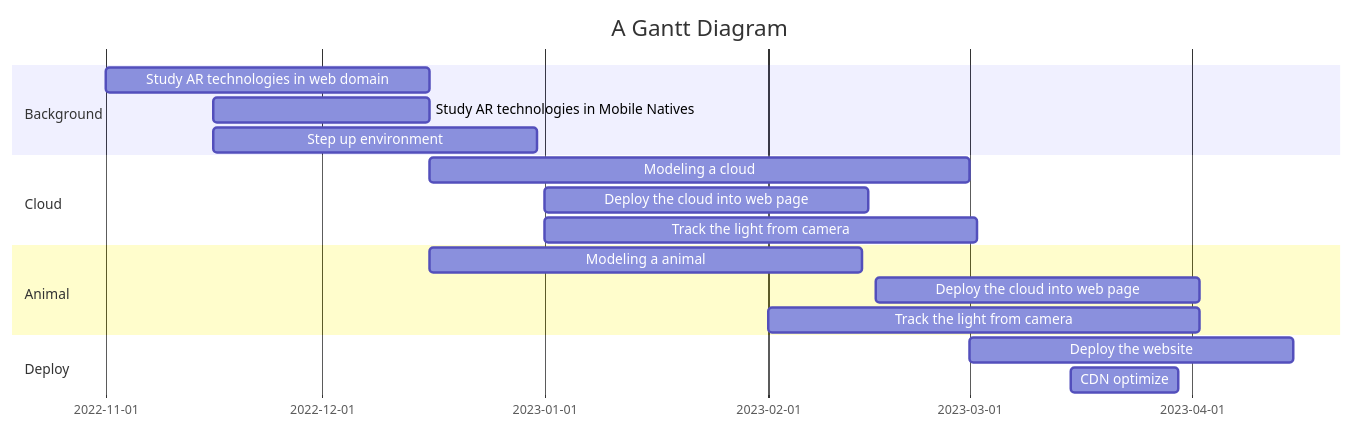
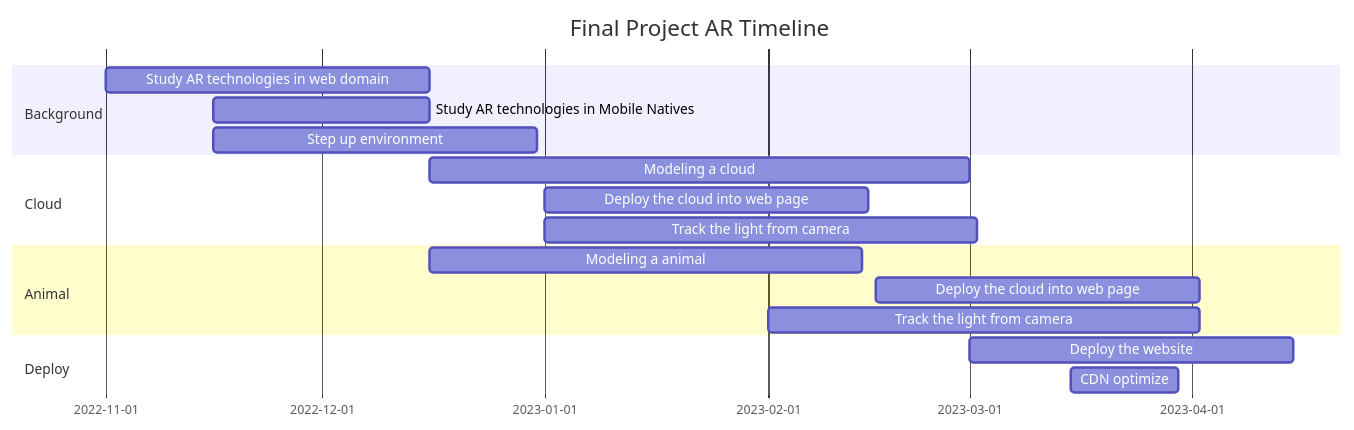
The diagram in slides.md (LAWTED/final-project-ar-presentation), drawn with Mermaid before and after one commit. The commit also changed other lines of this file, not shown here.

````diff
--- a/slides.md
+++ b/slides.md
@@ -172,20 +180,20 @@
 ```mermaid
 gantt
-    title A Gantt Diagram
+    title Final Project AR Timeline
     dateFormat  YYYY-MM-DD
     section Background
     Study AR technologies in web domain :a1, 2022-11-01, 45d
     Study AR technologies in Mobile Natives :a2, 2022-11-16  , 30d
     Step up environment :a3, 2022-11-16 , 45d
     section Cloud
     Modeling a cloud :b1, 2022-12-16, 75d
     Deploy the cloud into web page     :b1, 2023-01-01  , 45d
     Track the light from camera :b3, 2023-01-01 , 60d
     section Animal
     Modeling a animal :c1, 2022-12-16, 60d
     Deploy the cloud into web page     :c1, 2023-02-16  , 45d
     Track the light from camera :c3, 2023-02-01 , 60d
     section Deploy
     Deploy the website :d1, 2023-03-01, 45d
     CDN optimize :d2, 2023-03-15, 15d
 ```
````
